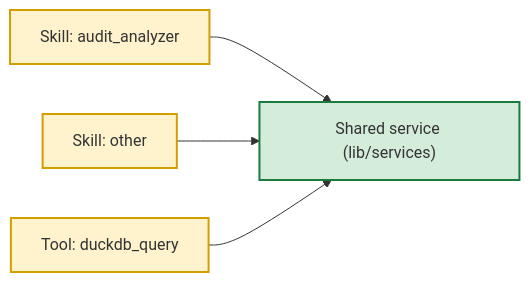
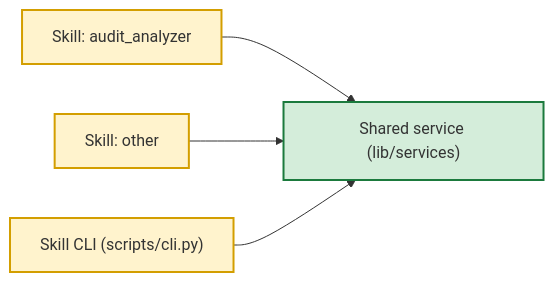
One commit to AlexEgorov85/workspaces_nanobot changed the third of 13 diagrams in docs/TARGET_ARCHITECTURE.md. Above: the diagram before and after it, drawn with Mermaid. The commit also changed other lines of this file and 8 other files, not shown here.

````diff
--- a/docs/TARGET_ARCHITECTURE.md
+++ b/docs/TARGET_ARCHITECTURE.md
@@ -262,10 +274,10 @@
 ```mermaid
 flowchart LR
     SA["Skill: audit_analyzer"] --> SVC["Shared service (lib/services)"]
     SB["Skill: other"] --> SVC
-    TL["Tool: duckdb_query"] --> SVC
+    CLI["Skill CLI (scripts/cli.py)"] --> SVC
     classDef core fill:#fff3cd,stroke:#d39e00,stroke-width:2px
     classDef infra fill:#d4edda,stroke:#1b7a3d,stroke-width:2px
-    class SA,SB,TL core
+    class SA,SB,CLI core
     class SVC infra
 ```
````
